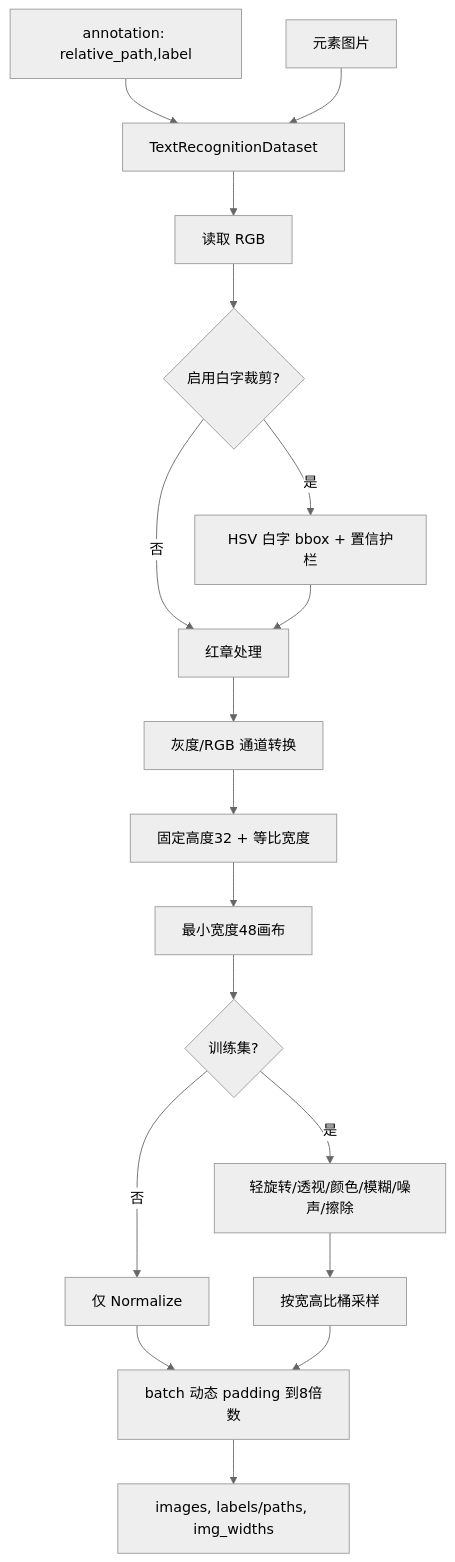
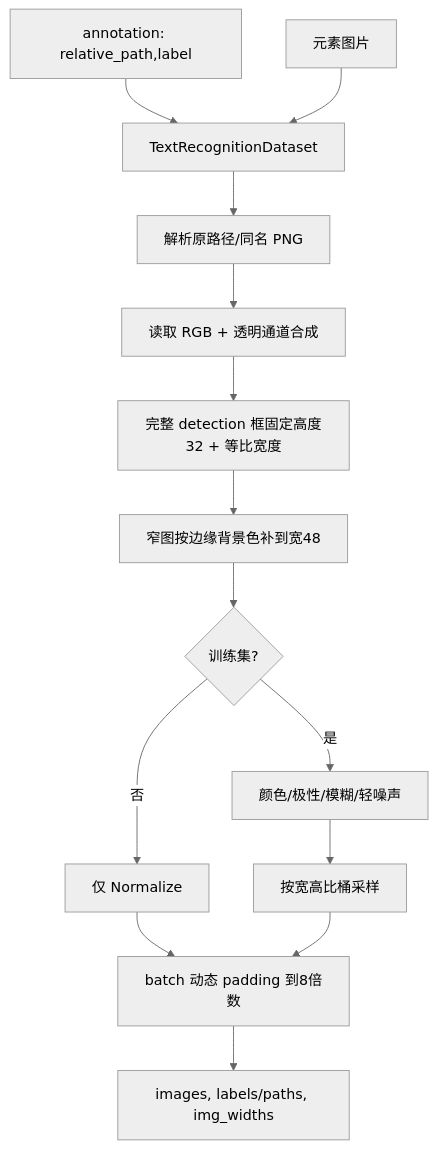
One commit to MAKENOTES/ocr-web changed the first of 3 diagrams in docs/recognition.md. Above: the diagram before and after it, drawn with Mermaid (neutral theme). The commit also changed other lines of this file and 16 other files, not shown here.

````diff
--- a/docs/recognition.md
+++ b/docs/recognition.md
@@ -11,20 +11,16 @@
 ```mermaid
 flowchart TD
     A[annotation: relative_path,label] --> DS[TextRecognitionDataset]
     I[元素图片] --> DS
-    DS --> RGB[读取 RGB]
-    RGB --> WC{启用白字裁剪?}
-    WC -->|是| BBOX[HSV 白字 bbox + 置信护栏]
-    WC -->|否| SEAL[红章处理]
-    BBOX --> SEAL
-    SEAL --> GRAY[灰度/RGB 通道转换]
-    GRAY --> RESIZE[固定高度32 + 等比宽度]
-    RESIZE --> MINW[最小宽度48画布]
+    DS --> PNG[解析原路径/同名 PNG]
+    PNG --> RGB[读取 RGB + 透明通道合成]
+    RGB --> RESIZE[完整 detection 框固定高度32 + 等比宽度]
+    RESIZE --> MINW[窄图按边缘背景色补到宽48]
     MINW --> AUG{训练集?}
-    AUG -->|是| TA[轻旋转/透视/颜色/模糊/噪声/擦除]
+    AUG -->|是| TA[颜色/极性/模糊/轻噪声]
     AUG -->|否| NORM[仅 Normalize]
     TA --> BUCKET[按宽高比桶采样]
     NORM --> PAD[batch 动态 padding 到8倍数]
     BUCKET --> PAD
     PAD --> OUT[images, labels/paths, img_widths]
 ```
````
